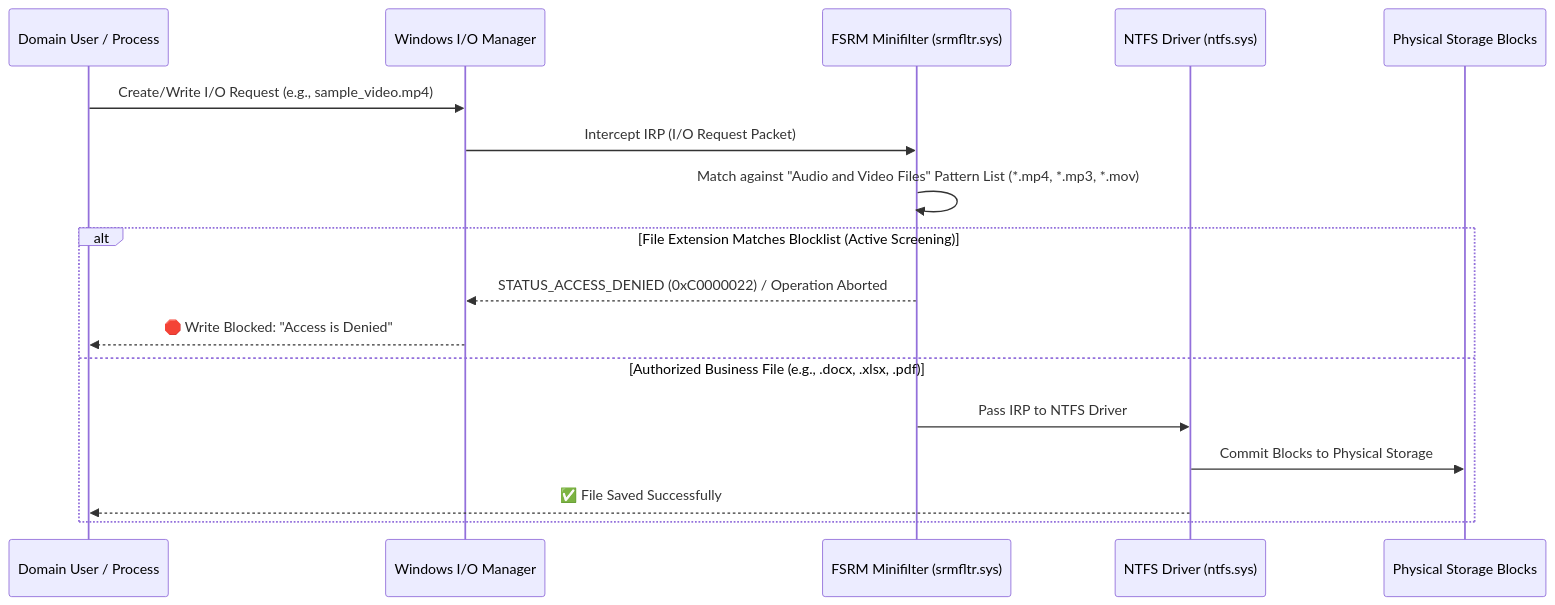
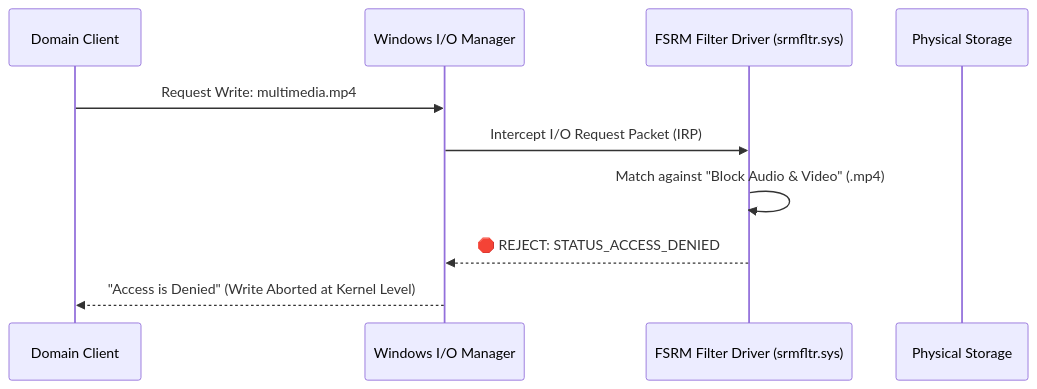
Before and after one commit to JaserHalabi/windows-server-labs: the diagram in docs/day-09-active-file-screening-security.md, drawn with Mermaid. The commit also changed other lines of this file and 21 other files, not shown here.

````diff
--- a/docs/day-09-active-file-screening-security.md
+++ b/docs/day-09-active-file-screening-security.md
@@ -19,21 +25,13 @@
 ```mermaid
 sequenceDiagram
-    participant User as Domain User / Process
+    participant User as Domain Client
     participant IO as Windows I/O Manager
-    participant Filter as FSRM Minifilter (srmfltr.sys)
-    participant NTFS as NTFS Driver (ntfs.sys)
-    participant Disk as Physical Storage Blocks
+    participant Filter as FSRM Filter Driver (srmfltr.sys)
+    participant Disk as Physical Storage
 
-    User->>IO: Create/Write I/O Request (e.g., sample_video.mp4)
-    IO->>Filter: Intercept IRP (I/O Request Packet)
-    Filter->>Filter: Match against "Audio and Video Files" Pattern List (*.mp4, *.mp3, *.mov)
-    
-    alt File Extension Matches Blocklist (Active Screening)
-        Filter-->>IO: STATUS_ACCESS_DENIED (0xC0000022) / Operation Aborted
-        IO-->>User: 🛑 Write Blocked: "Access is Denied"
-    else Authorized Business File (e.g., .docx, .xlsx, .pdf)
-        Filter->>NTFS: Pass IRP to NTFS Driver
-        NTFS->>Disk: Commit Blocks to Physical Storage
-        NTFS-->>User: ✅ File Saved Successfully
-    end
+    User->>IO: Request Write: multimedia.mp4
+    IO->>Filter: Intercept I/O Request Packet (IRP)
+    Filter->>Filter: Match against "Block Audio & Video" (.mp4)
+    Filter-->>IO: 🛑 REJECT: STATUS_ACCESS_DENIED
+    IO-->>User: "Access is Denied" (Write Aborted at Kernel Level)
 ```
````
